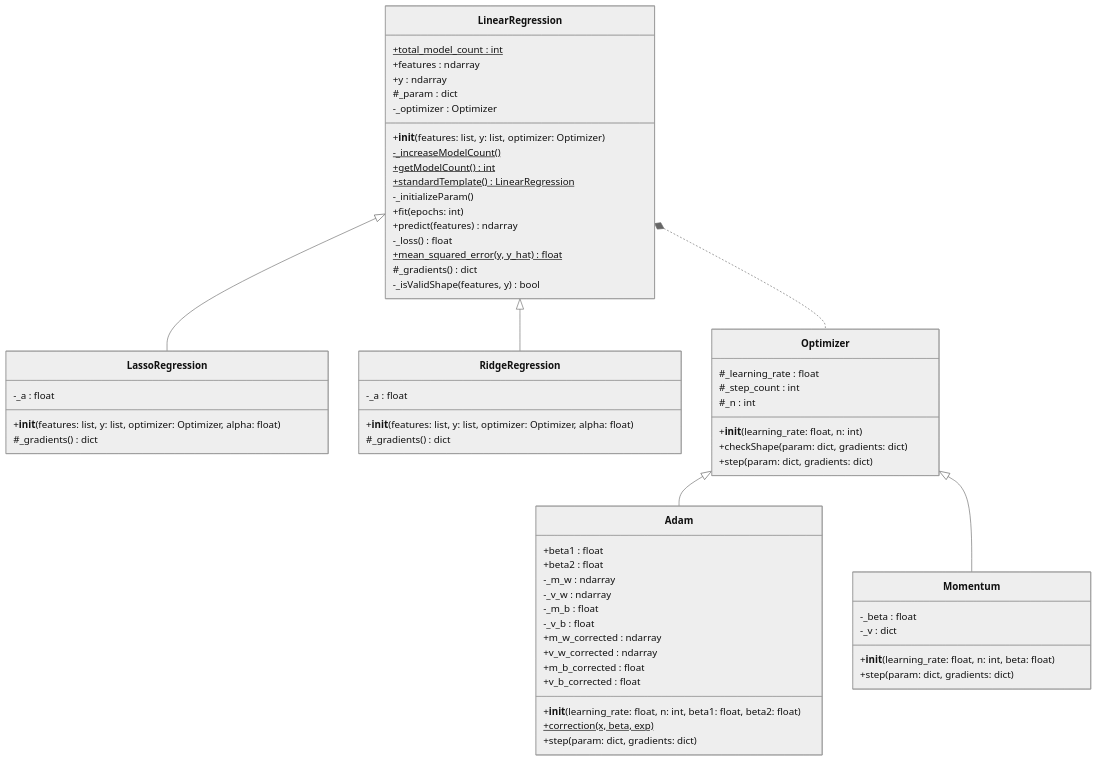
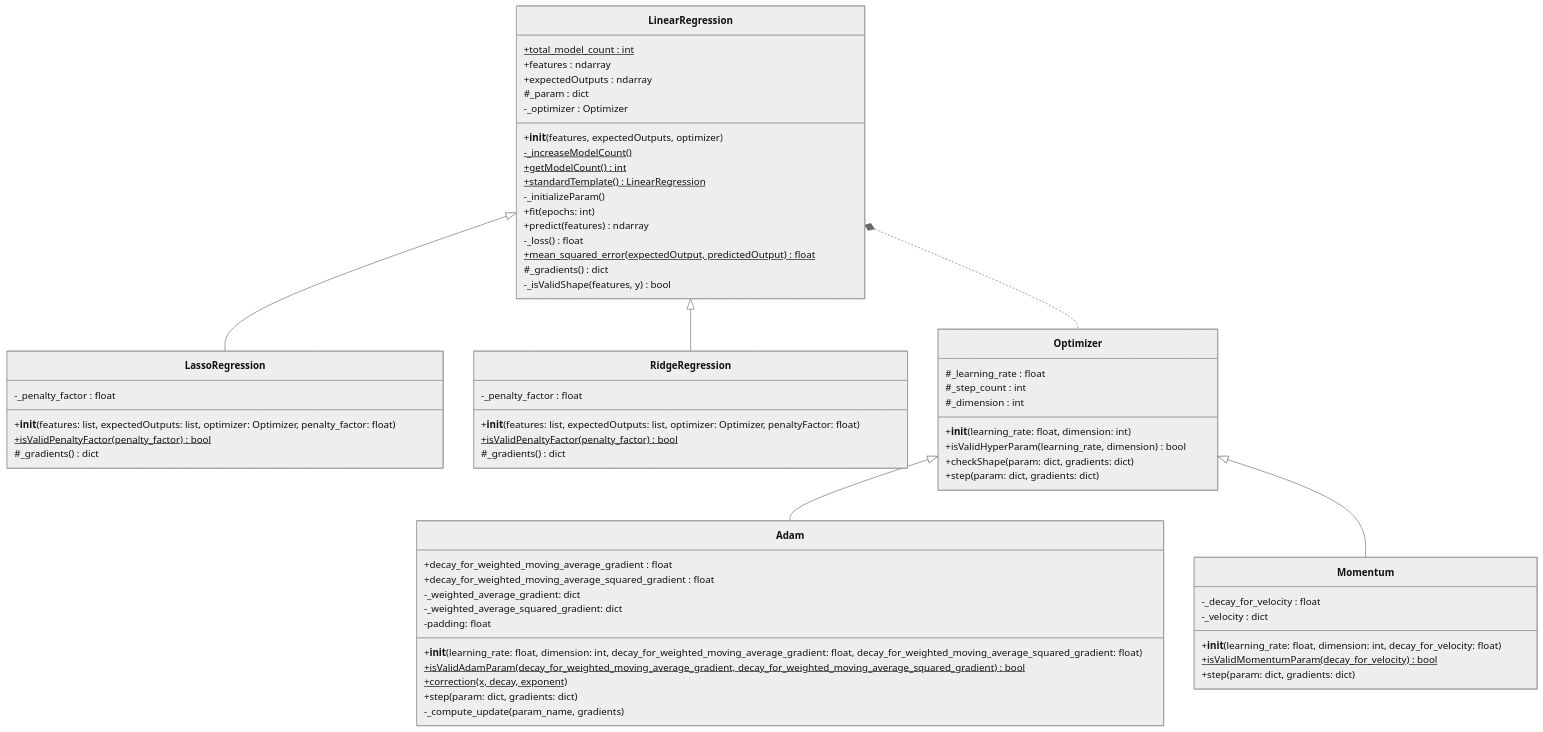
Before and after one commit to alexanderjiaschool/LinearRegression: the diagram in UML.md, drawn with Mermaid (neutral theme). The commit also changed 3 other files, not shown here.

````diff
--- a/UML.md
+++ b/UML.md
@@ -1,71 +1,72 @@
 ```mermaid
 classDiagram
     class LinearRegression {
         +total_model_count : int$
         +features : ndarray
-        +y : ndarray
+        +expectedOutputs : ndarray
         #_param : dict
         -_optimizer : Optimizer
-        +__init__(features: list, y: list, optimizer: Optimizer)
+        +__init__(features, expectedOutputs, optimizer)
         -_increaseModelCount()$
         +getModelCount()$ int
         +standardTemplate()$ LinearRegression
         -_initializeParam()
         +fit(epochs: int)
         +predict(features) ndarray
         -_loss() float
-        +mean_squared_error(y, y_hat)$ float
+        +mean_squared_error(expectedOutput, predictedOutput)$ float
         #_gradients() dict
         -_isValidShape(features, y) bool
     }
 
     class LassoRegression {
-        -_a : float
-        +__init__(features: list, y: list, optimizer: Optimizer, alpha: float)
+        -_penalty_factor : float
+        +__init__(features: list, expectedOutputs: list, optimizer: Optimizer, penalty_factor: float)
+        +isValidPenaltyFactor(penalty_factor)$ bool
         #_gradients() dict
     }
 
     class RidgeRegression {
-        -_a : float
-        +__init__(features: list, y: list, optimizer: Optimizer, alpha: float)
+        -_penalty_factor : float
+        +__init__(features: list, expectedOutputs: list, optimizer: Optimizer, penaltyFactor: float)
+        +isValidPenaltyFactor(penalty_factor)$ bool
         #_gradients() dict
     }
 
     class Optimizer {
         #_learning_rate : float
         #_step_count : int
-        #_n : int
-        +__init__(learning_rate: float, n: int)
+        #_dimension : int
+        +__init__(learning_rate: float, dimension: int)
+        +isValidHyperParam(learning_rate, dimension) bool
         +checkShape(param: dict, gradients: dict)
         +step(param: dict, gradients: dict)
     }
 
     class Adam {
-        +beta1 : float
-        +beta2 : float
-        -_m_w : ndarray
-        -_v_w : ndarray
-        -_m_b : float
-        -_v_b : float
-        +m_w_corrected : ndarray
-        +v_w_corrected : ndarray
-        +m_b_corrected : float
-        +v_b_corrected : float
-        +__init__(learning_rate: float, n: int, beta1: float, beta2: float)
-        +correction(x, beta, exp)$
+        +decay_for_weighted_moving_average_gradient : float
+        +decay_for_weighted_moving_average_squared_gradient : float
+        -_weighted_average_gradient: dict
+        -_weighted_average_squared_gradient: dict
+        -padding: float
+        +__init__(learning_rate: float, dimension: int, decay_for_weighted_moving_average_gradient: float, decay_for_weighted_moving_average_squared_gradient: float)
+        +isValidAdamParam(decay_for_weighted_moving_average_gradient, decay_for_weighted_moving_average_squared_gradient)$ bool
+        +correction(x, decay, exponent)$
         +step(param: dict, gradients: dict)
+        -_compute_update(param_name, gradients)
     }
 
     class Momentum {
-        -_beta : float
-        -_v : dict
-        +__init__(learning_rate: float, n: int, beta: float)
+        -_decay_for_velocity : float
+        -_velocity : dict
+        +__init__(learning_rate: float, dimension: int, decay_for_velocity: float)
+        +isValidMomentumParam(decay_for_velocity)$ bool
         +step(param: dict, gradients: dict)
     }
 
     LinearRegression <|-- LassoRegression
     LinearRegression <|-- RidgeRegression
     Optimizer <|-- Adam
     Optimizer <|-- Momentum
     LinearRegression *.. Optimizer
 ```
````
